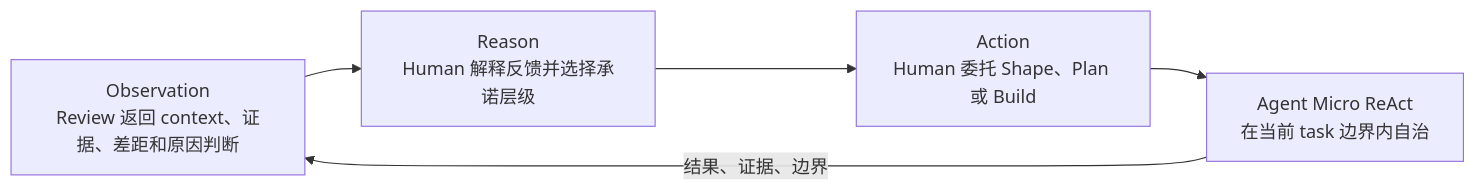
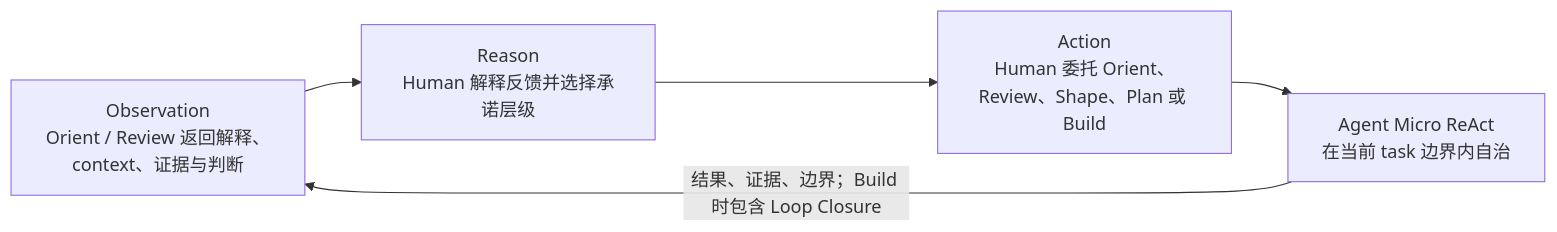
One commit to FlutteryEmbers/human-react changed the eighth of 8 diagrams in .human-react/loop.md. Above: the diagram before and after it, drawn with Mermaid. The commit also changed other lines of this file and 17 other files, not shown here.

````diff
--- a/.human-react/loop.md
+++ b/.human-react/loop.md
@@ -169,12 +230,12 @@
 ```mermaid
 flowchart LR
-    O["Observation<br/>Review 返回 context、证据、差距和原因判断"]
+    O["Observation<br/>Orient / Review 返回解释、context、证据与判断"]
     RE["Reason<br/>Human 解释反馈并选择承诺层级"]
-    A["Action<br/>Human 委托 Shape、Plan 或 Build"]
+    A["Action<br/>Human 委托 Orient、Review、Shape、Plan 或 Build"]
     M["Agent Micro ReAct<br/>在当前 task 边界内自治"]
 
     O --> RE
     RE --> A
     A --> M
-    M -->|"结果、证据、边界"| O
+    M -->|"结果、证据、边界；Build 时包含 Loop Closure"| O
 ```
````
